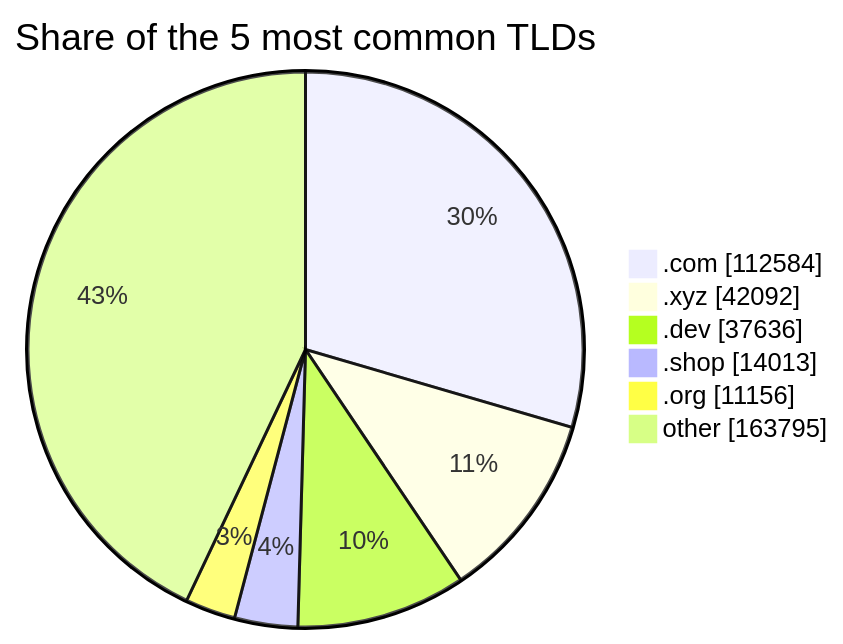
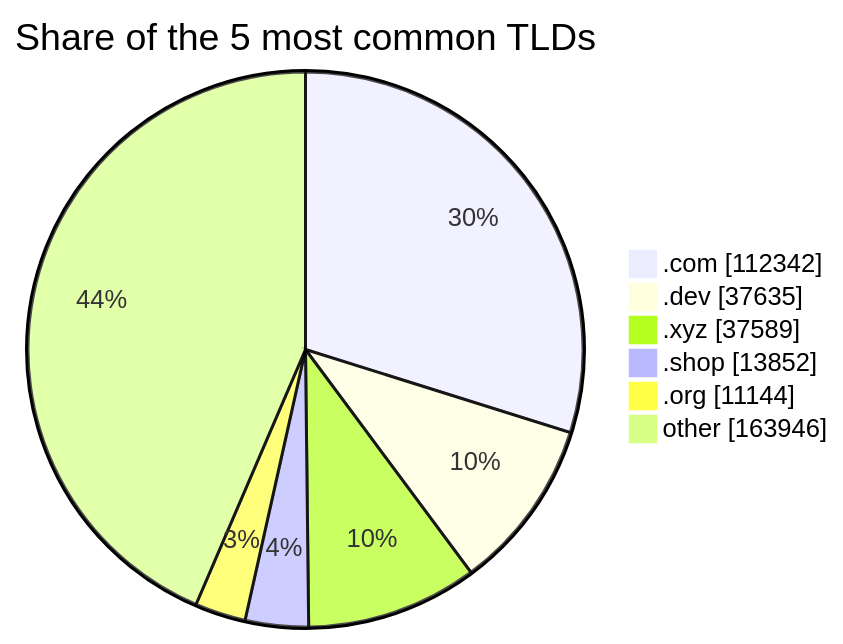
The third of 3 diagrams in README.md (DNSBunker/CTI), drawn with Mermaid before and after one commit. The commit also changed other lines of this file and 3 other files, not shown here.

````diff
--- a/README.md
+++ b/README.md
@@ -81,9 +81,9 @@
 ```mermaid
 pie showData title Share of the 5 most common TLDs
-    ".com" : 112584
-    ".xyz" : 42092
-    ".dev" : 37636
-    ".shop" : 14013
-    ".org" : 11156
-    "other" : 163795
+    ".com" : 112342
+    ".dev" : 37635
+    ".xyz" : 37589
+    ".shop" : 13852
+    ".org" : 11144
+    "other" : 163946
 ```
````
